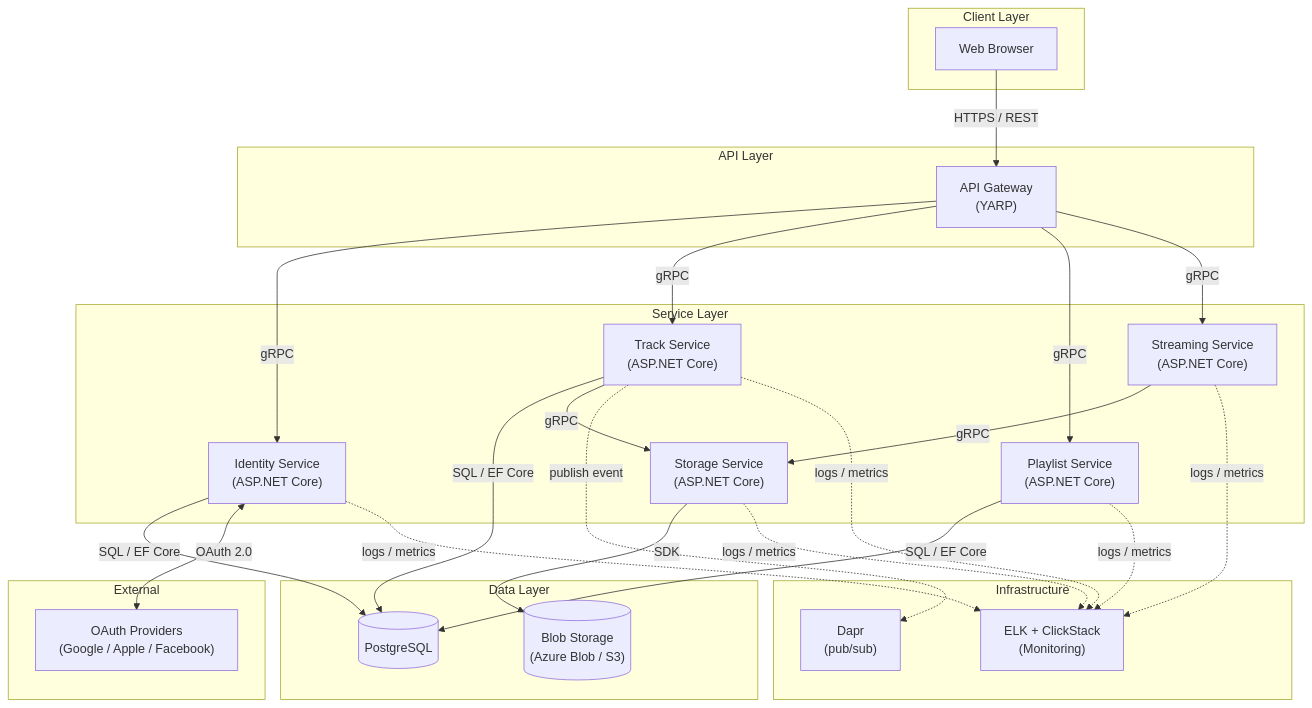
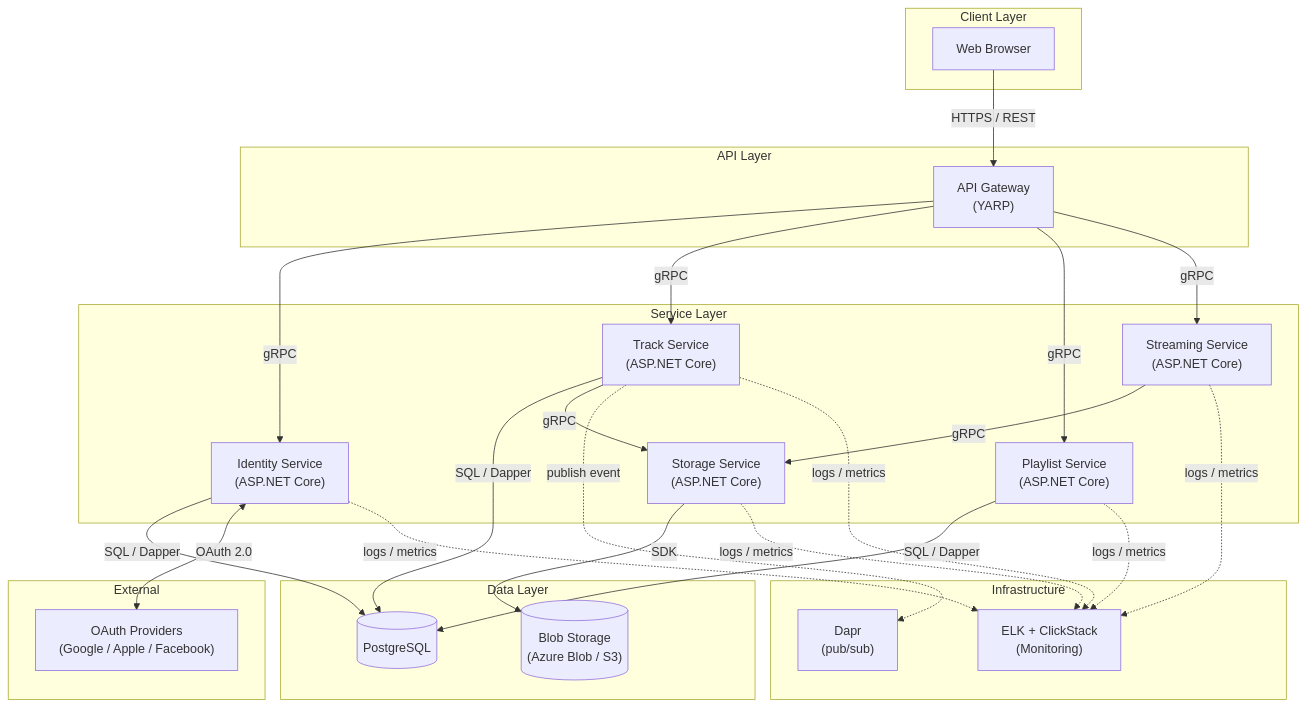
Before and after one commit to kumaran-naidoo-derivco/jamtrack-radio: the first of 10 diagrams in ARCHITECTURE.md, drawn with Mermaid. The commit also changed other lines of this file and 5 other files, not shown here.

First line of the commit message:
docs: replace Entity Framework Core with Dapper + FluentMigrator throughout

````diff
--- a/ARCHITECTURE.md
+++ b/ARCHITECTURE.md
@@ -11,56 +11,56 @@
 ```mermaid
 flowchart TD
     subgraph Client["Client Layer"]
         UI["Web Browser"]
     end
 
     subgraph Gateway["API Layer"]
         GW["API Gateway\n(YARP)"]
     end
 
     subgraph Services["Service Layer"]
         IS["Identity Service\n(ASP.NET Core)"]
         TS["Track Service\n(ASP.NET Core)"]
         PS["Playlist Service\n(ASP.NET Core)"]
         StrmS["Streaming Service\n(ASP.NET Core)"]
         SS["Storage Service\n(ASP.NET Core)"]
     end
 
     subgraph Data["Data Layer"]
         DB[("PostgreSQL")]
         Blob[("Blob Storage\n(Azure Blob / S3)")]
     end
 
     subgraph Infra["Infrastructure"]
         Dapr["Dapr\n(pub/sub)"]
         ELK["ELK + ClickStack\n(Monitoring)"]
     end
 
     subgraph External["External"]
         OAUTH["OAuth Providers\n(Google / Apple / Facebook)"]
     end
 
     UI -->|"HTTPS / REST"| GW
 
     GW -->|"gRPC"| IS
     GW -->|"gRPC"| TS
     GW -->|"gRPC"| PS
     GW -->|"gRPC"| StrmS
 
-    IS -->|"SQL / EF Core"| DB
-    TS -->|"SQL / EF Core"| DB
-    PS -->|"SQL / EF Core"| DB
+    IS -->|"SQL / Dapper"| DB
+    TS -->|"SQL / Dapper"| DB
+    PS -->|"SQL / Dapper"| DB
 
     TS -->|"gRPC"| SS
     StrmS -->|"gRPC"| SS
     SS -->|"SDK"| Blob
 
     TS -.->|"publish event"| Dapr
     IS <-->|"OAuth 2.0"| OAUTH
 
     IS -.->|"logs / metrics"| ELK
     TS -.->|"logs / metrics"| ELK
     PS -.->|"logs / metrics"| ELK
     StrmS -.->|"logs / metrics"| ELK
     SS -.->|"logs / metrics"| ELK
 ```
````
